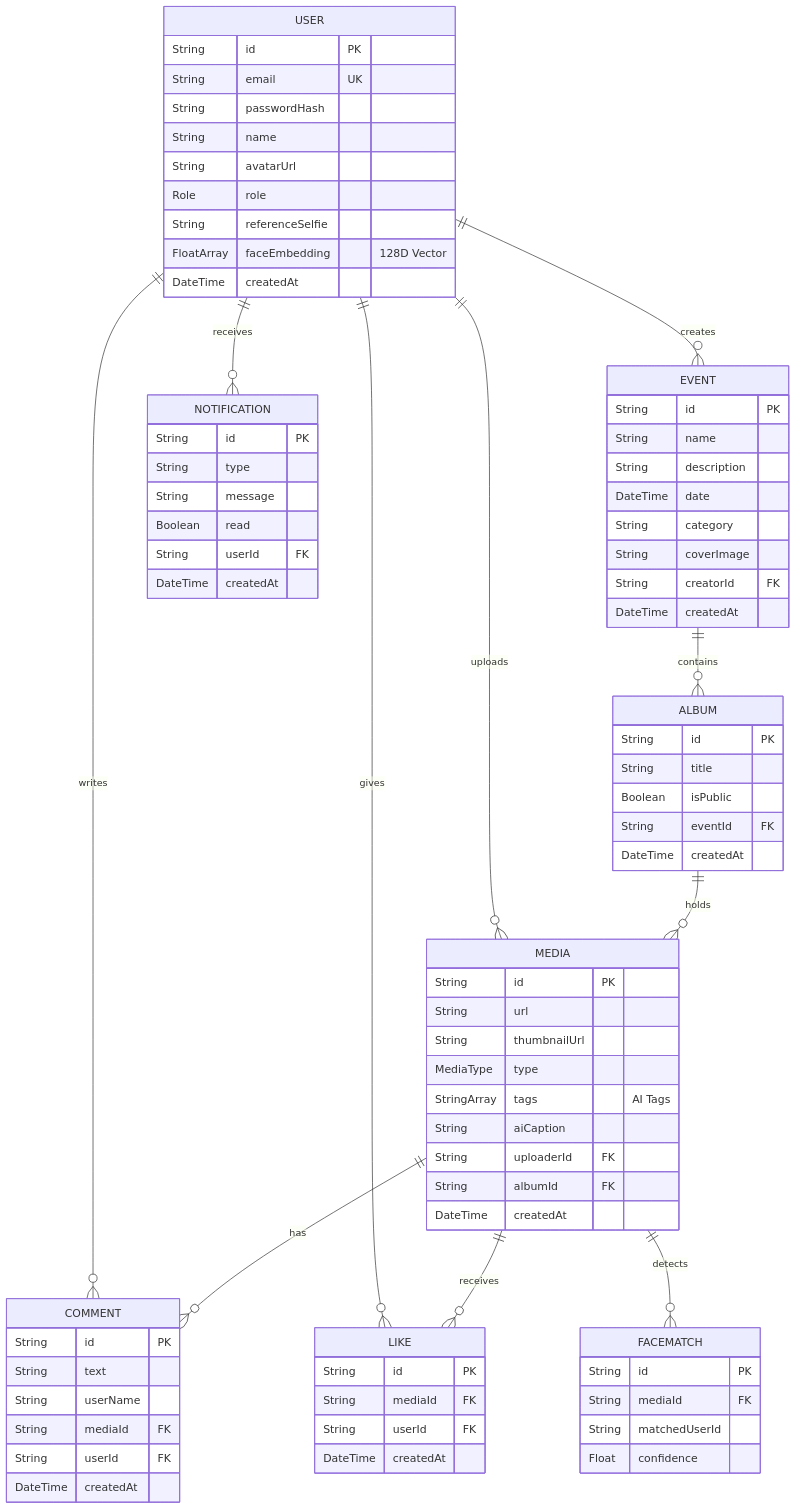
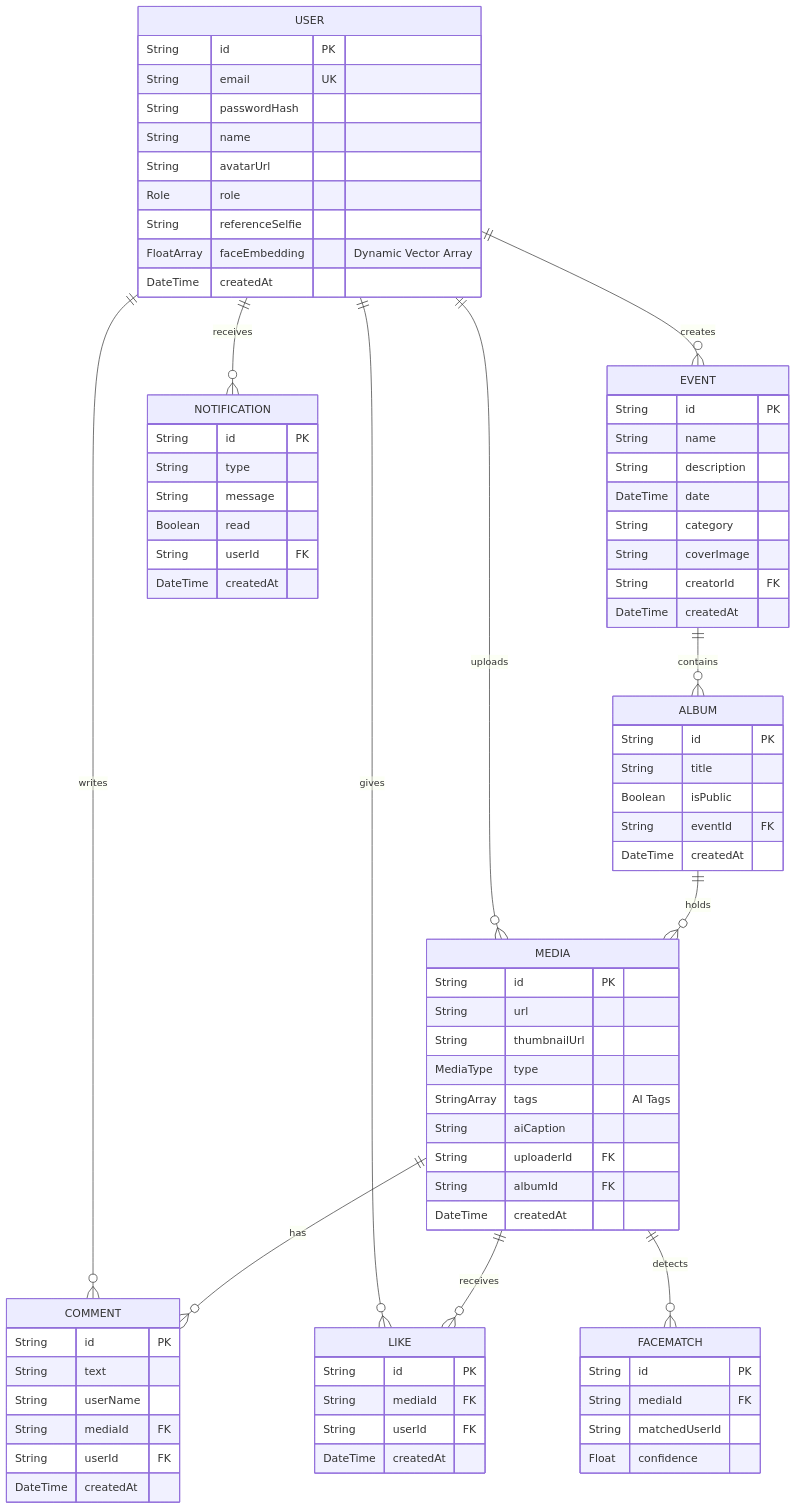
Before and after one commit to Shy-Rez/EventLens: the diagram in SCHEMA.md, drawn with Mermaid. The commit also changed other lines of this file and 3 other files, not shown here.

Commit message:
docs: update API, ARCHITECTURE, and SCHEMA to reflect current state

```diff
--- a/SCHEMA.md
+++ b/SCHEMA.md
@@ -14,7 +14,7 @@
         String avatarUrl
         Role role
         String referenceSelfie
-        FloatArray faceEmbedding "128D Vector"
+        FloatArray faceEmbedding "Dynamic Vector Array"
         DateTime createdAt
     }
     EVENT {
```
